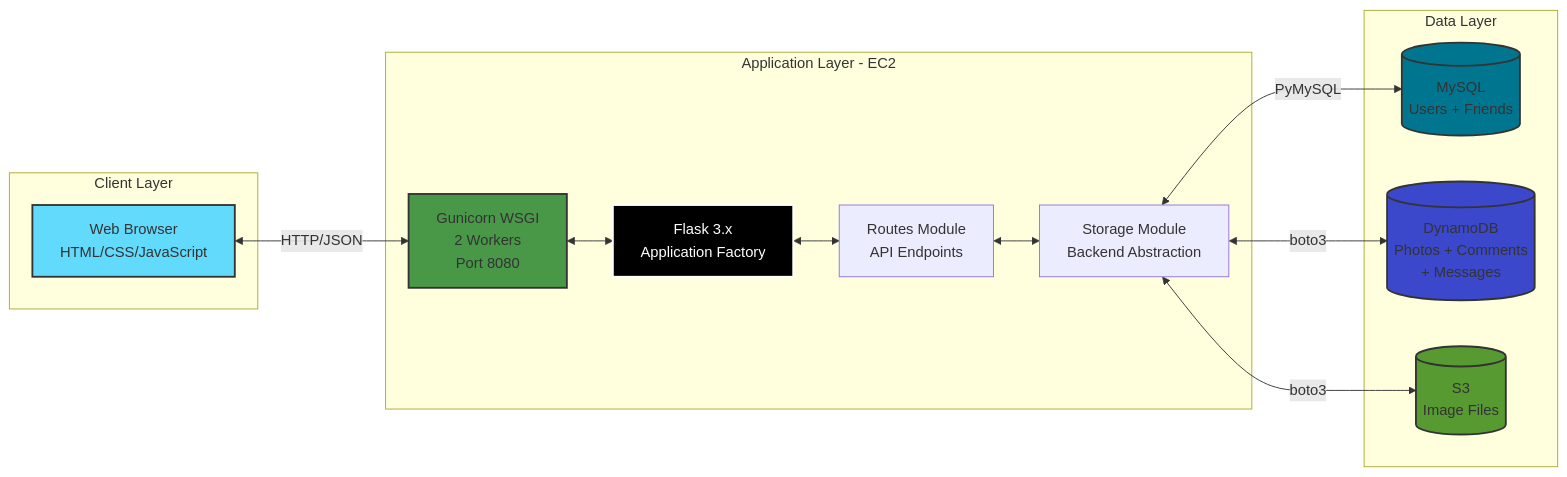
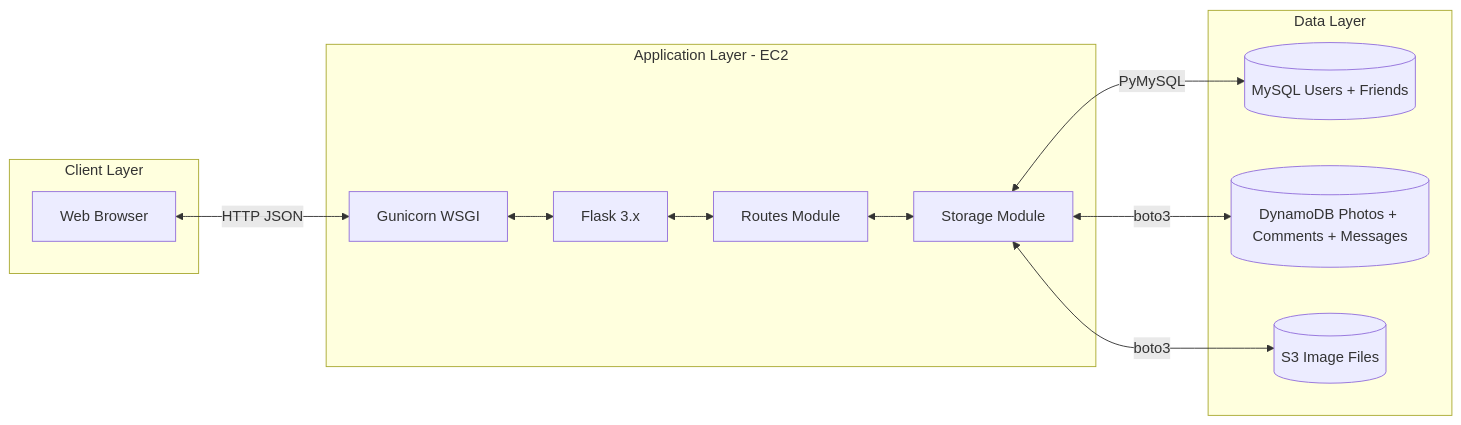
One commit to premalshah999/Cloud607_Final_Project changed the second of 10 diagrams in ARCHITECTURE_DIAGRAMS.md. Above: the diagram before and after it, drawn with Mermaid. The commit also changed other lines of this file, not shown here.

Commit message:
Fix Mermaid diagram syntax errors - remove br tags, fix subgraph names, fix stateDiagram notes

````diff
--- a/ARCHITECTURE_DIAGRAMS.md
+++ b/ARCHITECTURE_DIAGRAMS.md
@@ -74,34 +67,27 @@
 ```mermaid
 graph LR
-    subgraph "Client Layer"
-        Browser[Web Browser<br/>HTML/CSS/JavaScript]
+    subgraph Client_Layer["Client Layer"]
+        Browser["Web Browser"]
     end
     
-    subgraph "Application Layer - EC2"
-        Gunicorn[Gunicorn WSGI<br/>2 Workers<br/>Port 8080]
-        Flask[Flask 3.x<br/>Application Factory]
-        Routes[Routes Module<br/>API Endpoints]
-        Storage[Storage Module<br/>Backend Abstraction]
+    subgraph Application_Layer["Application Layer - EC2"]
+        Gunicorn["Gunicorn WSGI"]
+        Flask["Flask 3.x"]
+        Routes["Routes Module"]
+        Storage["Storage Module"]
     end
     
-    subgraph "Data Layer"
-        MySQL[(MySQL<br/>Users + Friends)]
-        DynamoDB[(DynamoDB<br/>Photos + Comments<br/>+ Messages)]
-        S3[(S3<br/>Image Files)]
+    subgraph Data_Layer["Data Layer"]
+        MySQL[("MySQL Users + Friends")]
+        DynamoDB[("DynamoDB Photos + Comments + Messages")]
+        S3[("S3 Image Files")]
     end
     
-    Browser <-->|HTTP/JSON| Gunicorn
+    Browser <-->|HTTP JSON| Gunicorn
     Gunicorn <--> Flask
     Flask <--> Routes
     Routes <--> Storage
     Storage <-->|PyMySQL| MySQL
     Storage <-->|boto3| DynamoDB
     Storage <-->|boto3| S3
-    
-    style Browser fill:#61dafb,stroke:#333,stroke-width:2px
-    style Gunicorn fill:#499848,stroke:#333,stroke-width:2px
-    style Flask fill:#000,stroke:#fff,stroke-width:2px,color:#fff
-    style MySQL fill:#00758f,stroke:#333,stroke-width:2px
-    style DynamoDB fill:#3b48cc,stroke:#333,stroke-width:2px
-    style S3 fill:#569a31,stroke:#333,stroke-width:2px
 ```
````
